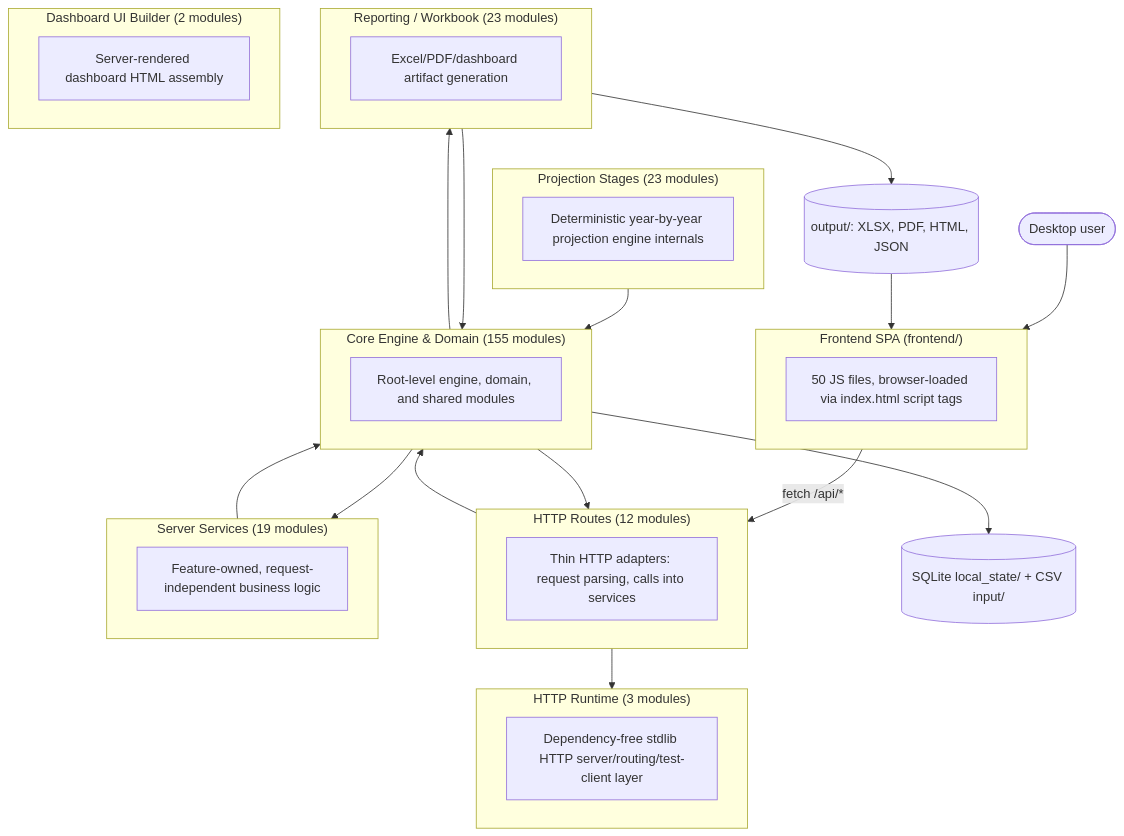
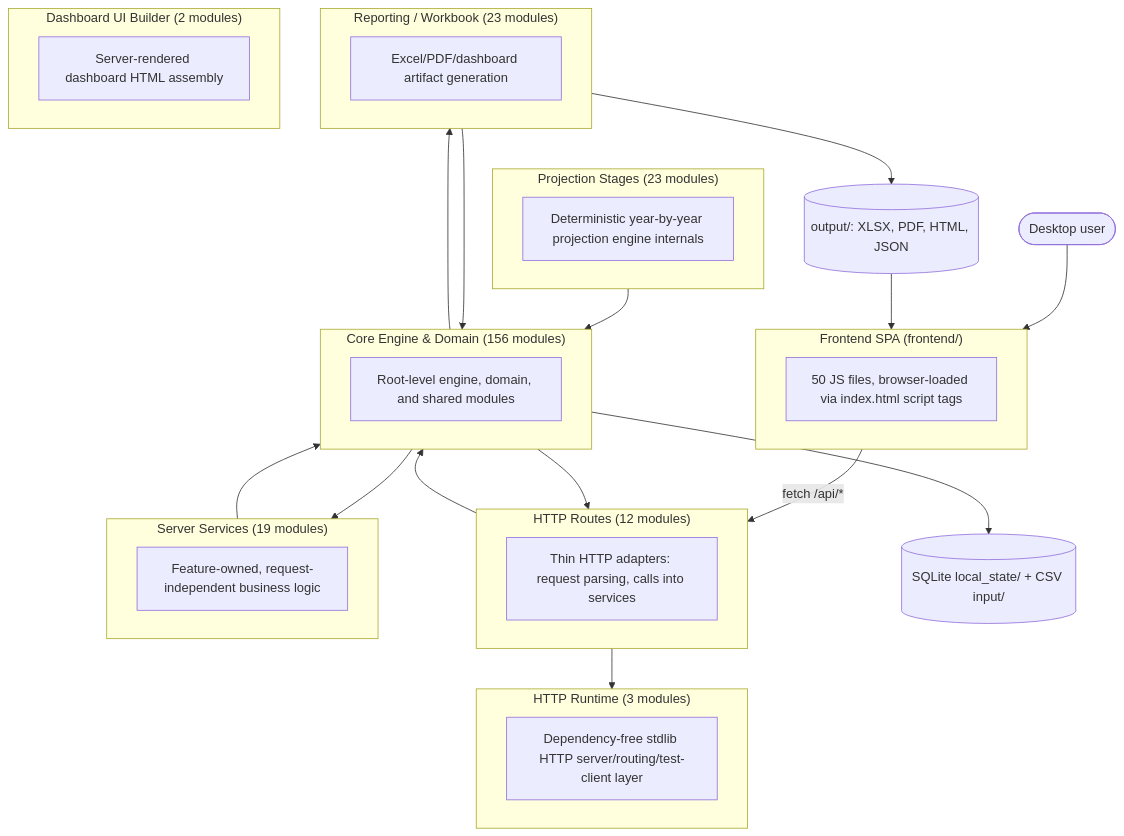
Before and after one commit to matthartzman/retirement_system: the first of 2 diagrams in documentation/reference/SYSTEM_ARCHITECTURE_DIAGRAM.md, drawn with Mermaid. The commit also changed other lines of this file and 1 other file, not shown here.

First line of the commit message:
WP10.1 CI: exempt legacy_conversion from file-I/O audit; regenerate architecture diagram

````diff
--- a/documentation/reference/SYSTEM_ARCHITECTURE_DIAGRAM.md
+++ b/documentation/reference/SYSTEM_ARCHITECTURE_DIAGRAM.md
@@ -11,40 +11,40 @@
 ```mermaid
 flowchart TB
     User(["Desktop user"]) --> FE
     subgraph FE["Frontend SPA (frontend/)"]
         FEcount["50 JS files, browser-loaded via index.html script tags"]
     end
     FE -->|fetch /api/*| L_HTTP_Routes
     subgraph L_HTTP_Routes["HTTP Routes (12 modules)"]
         L_HTTP_Routes_d["Thin HTTP adapters: request parsing, calls into services"]
     end
     subgraph L_Server_Services["Server Services (19 modules)"]
         L_Server_Services_d["Feature-owned, request-independent business logic"]
     end
     subgraph L_HTTP_Runtime["HTTP Runtime (3 modules)"]
         L_HTTP_Runtime_d["Dependency-free stdlib HTTP server/routing/test-client layer"]
     end
-    subgraph L_Core_Engine___Domain["Core Engine & Domain (155 modules)"]
+    subgraph L_Core_Engine___Domain["Core Engine & Domain (156 modules)"]
         L_Core_Engine___Domain_d["Root-level engine, domain, and shared modules"]
     end
     subgraph L_Projection_Stages["Projection Stages (23 modules)"]
         L_Projection_Stages_d["Deterministic year-by-year projection engine internals"]
     end
     subgraph L_Reporting___Workbook["Reporting / Workbook (23 modules)"]
         L_Reporting___Workbook_d["Excel/PDF/dashboard artifact generation"]
     end
     subgraph L_Dashboard_UI_Builder["Dashboard UI Builder (2 modules)"]
         L_Dashboard_UI_Builder_d["Server-rendered dashboard HTML assembly"]
     end
     L_Core_Engine___Domain --> L_HTTP_Routes
     L_Core_Engine___Domain --> L_Reporting___Workbook
     L_Core_Engine___Domain --> L_Server_Services
     L_HTTP_Routes --> L_Core_Engine___Domain
     L_HTTP_Routes --> L_HTTP_Runtime
     L_Projection_Stages --> L_Core_Engine___Domain
     L_Reporting___Workbook --> L_Core_Engine___Domain
     L_Server_Services --> L_Core_Engine___Domain
     L_Core_Engine___Domain --> DB[("SQLite local_state/ + CSV input/")]
     L_Reporting___Workbook --> Outputs[("output/: XLSX, PDF, HTML, JSON")]
     Outputs --> FE
 ```
````
